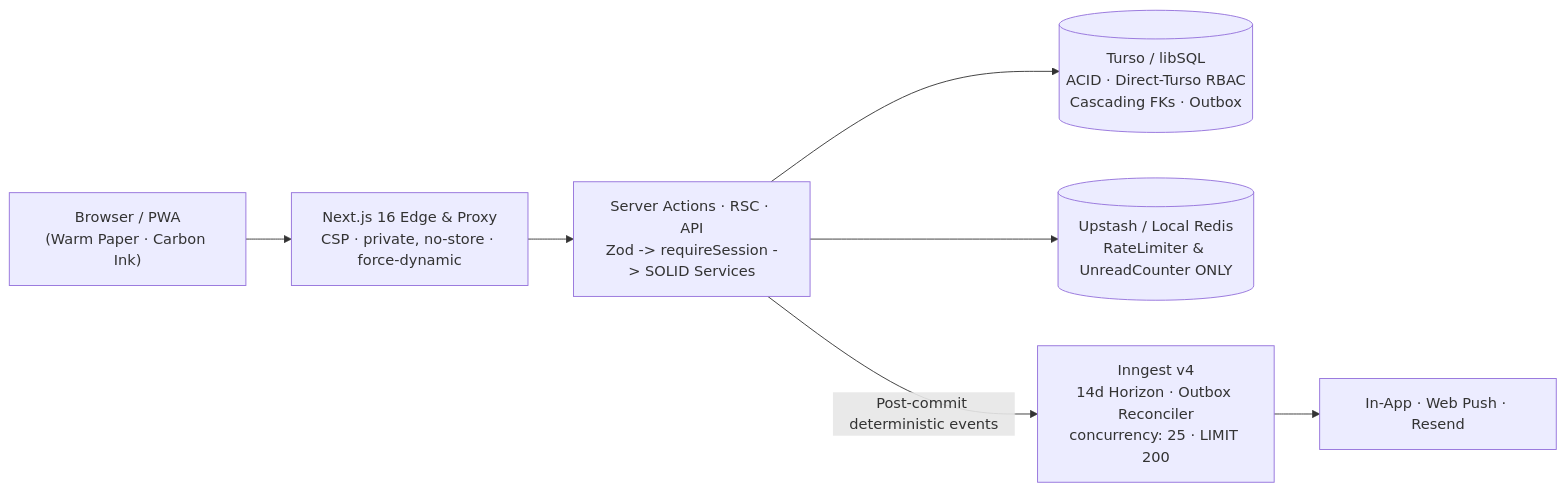
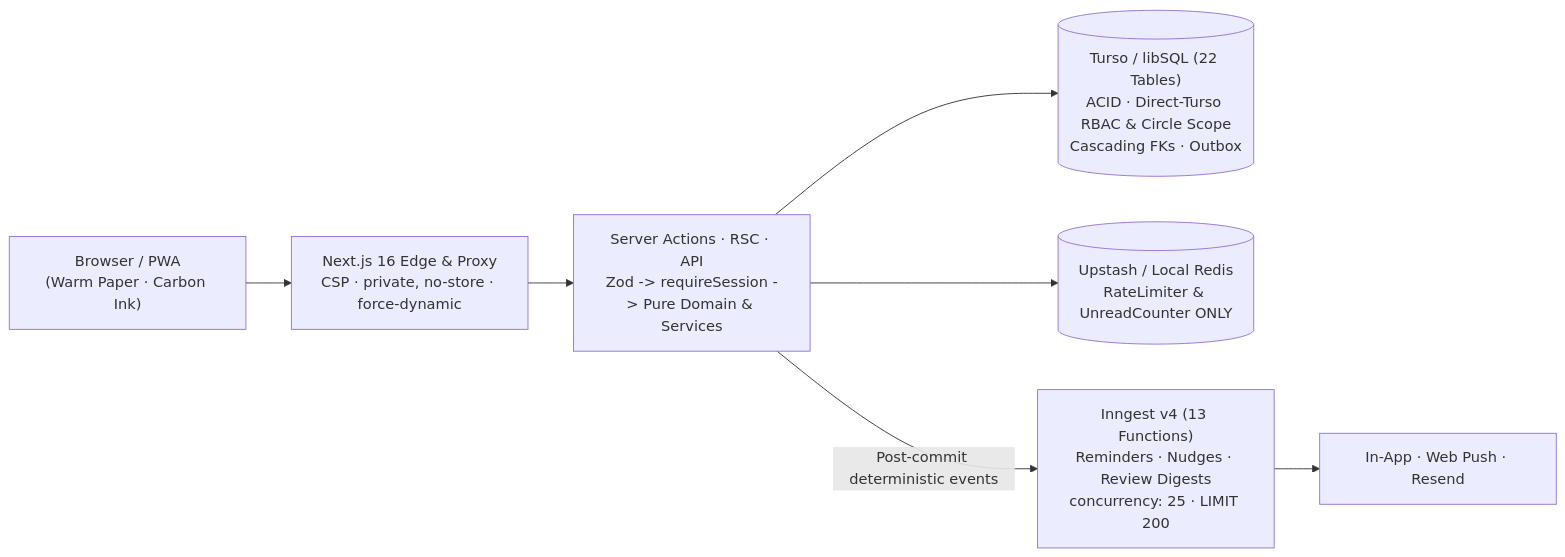
The diagram in README.md (Marvin-MM/folio_tracker), drawn with Mermaid before and after one commit. The commit also changed other lines of this file and 1 other file, not shown here.

Commit message:
docs: unify system architecture and update README for Habits and Accountability Circle

````diff
--- a/README.md
+++ b/README.md
@@ -38,9 +40,9 @@
 ```mermaid
 flowchart LR
   Browser["Browser / PWA\n(Warm Paper · Carbon Ink)"] --> Edge["Next.js 16 Edge & Proxy\nCSP · private, no-store · force-dynamic"]
-  Edge --> Core["Server Actions · RSC · API\nZod -> requireSession -> SOLID Services"]
-  Core --> Turso[("Turso / libSQL\nACID · Direct-Turso RBAC\nCascading FKs · Outbox")]
+  Edge --> Core["Server Actions · RSC · API\nZod -> requireSession -> Pure Domain & Services"]
+  Core --> Turso[("Turso / libSQL (22 Tables)\nACID · Direct-Turso RBAC & Circle Scope\nCascading FKs · Outbox")]
   Core --> Redis[("Upstash / Local Redis\nRateLimiter & UnreadCounter ONLY")]
-  Core -->|"Post-commit deterministic events"| Inngest["Inngest v4\n14d Horizon · Outbox Reconciler\nconcurrency: 25 · LIMIT 200"]
+  Core -->|"Post-commit deterministic events"| Inngest["Inngest v4 (13 Functions)\nReminders · Nudges · Review Digests\nconcurrency: 25 · LIMIT 200"]
   Inngest --> Channels["In-App · Web Push · Resend"]
 ```
````
